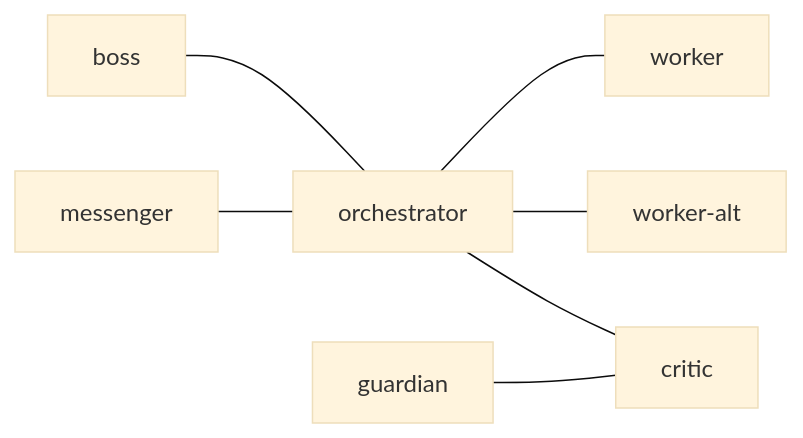
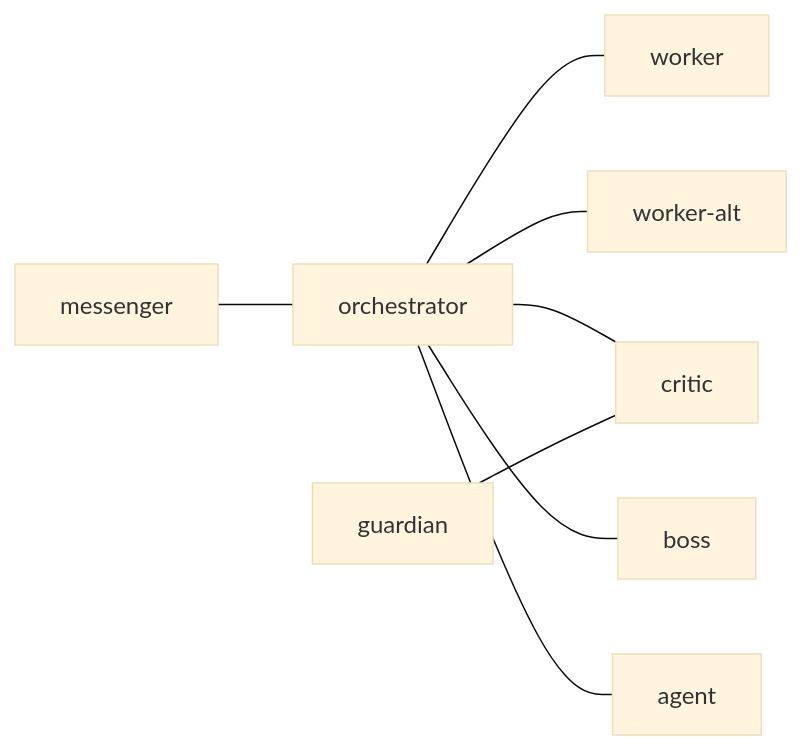
The diagram in config/tmux-a2a-postman/postman.md (i9wa4/dotfiles), drawn with Mermaid (base theme) before and after one commit. The commit also changed other lines of this file, not shown here.

Commit message:
docs(postman): restructure diagram and renumber sections

````diff
--- a/config/tmux-a2a-postman/postman.md
+++ b/config/tmux-a2a-postman/postman.md
@@ -9,9 +9,10 @@
 ```mermaid
 graph LR
-    boss --- orchestrator
     messenger --- orchestrator
     orchestrator --- worker
     orchestrator --- worker-alt
     orchestrator --- critic
+    orchestrator --- boss
     guardian --- critic
+    orchestrator --- agent
 ```
````
